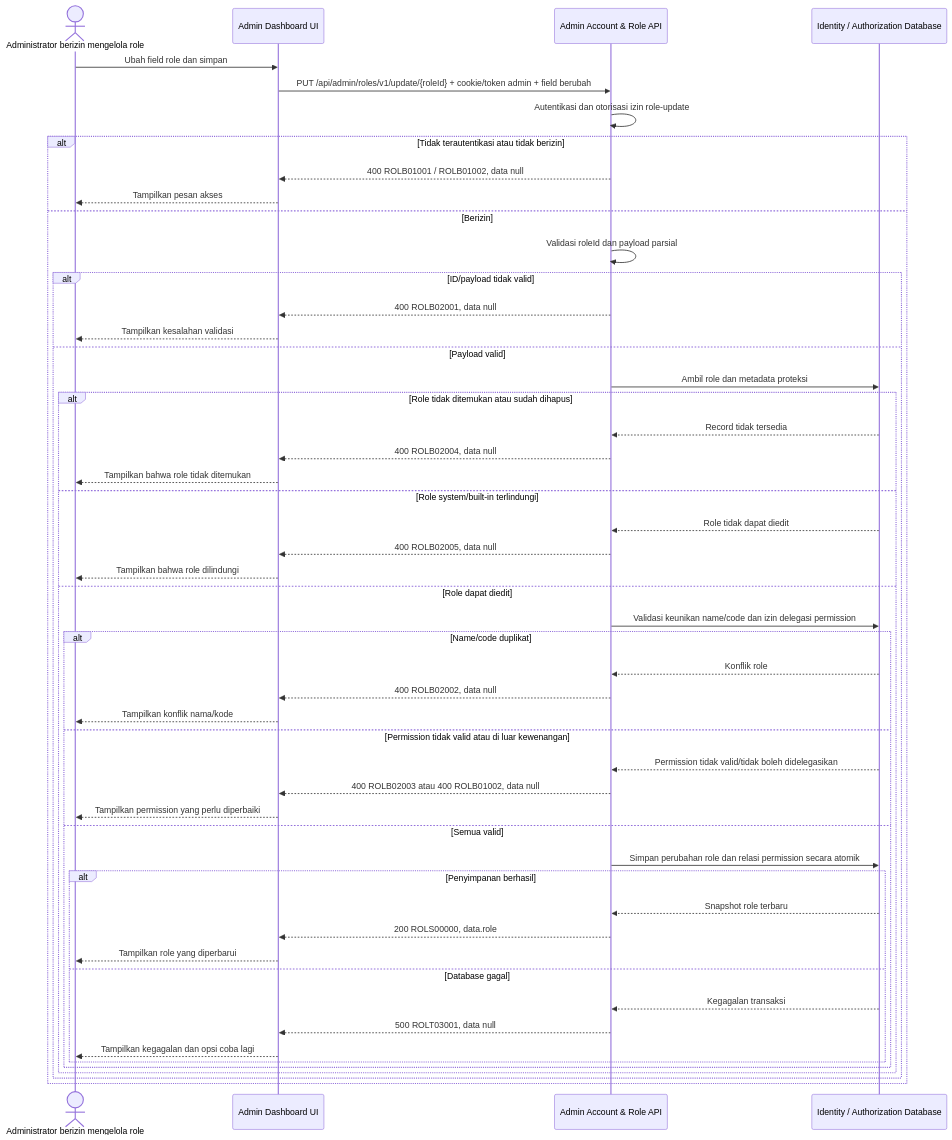
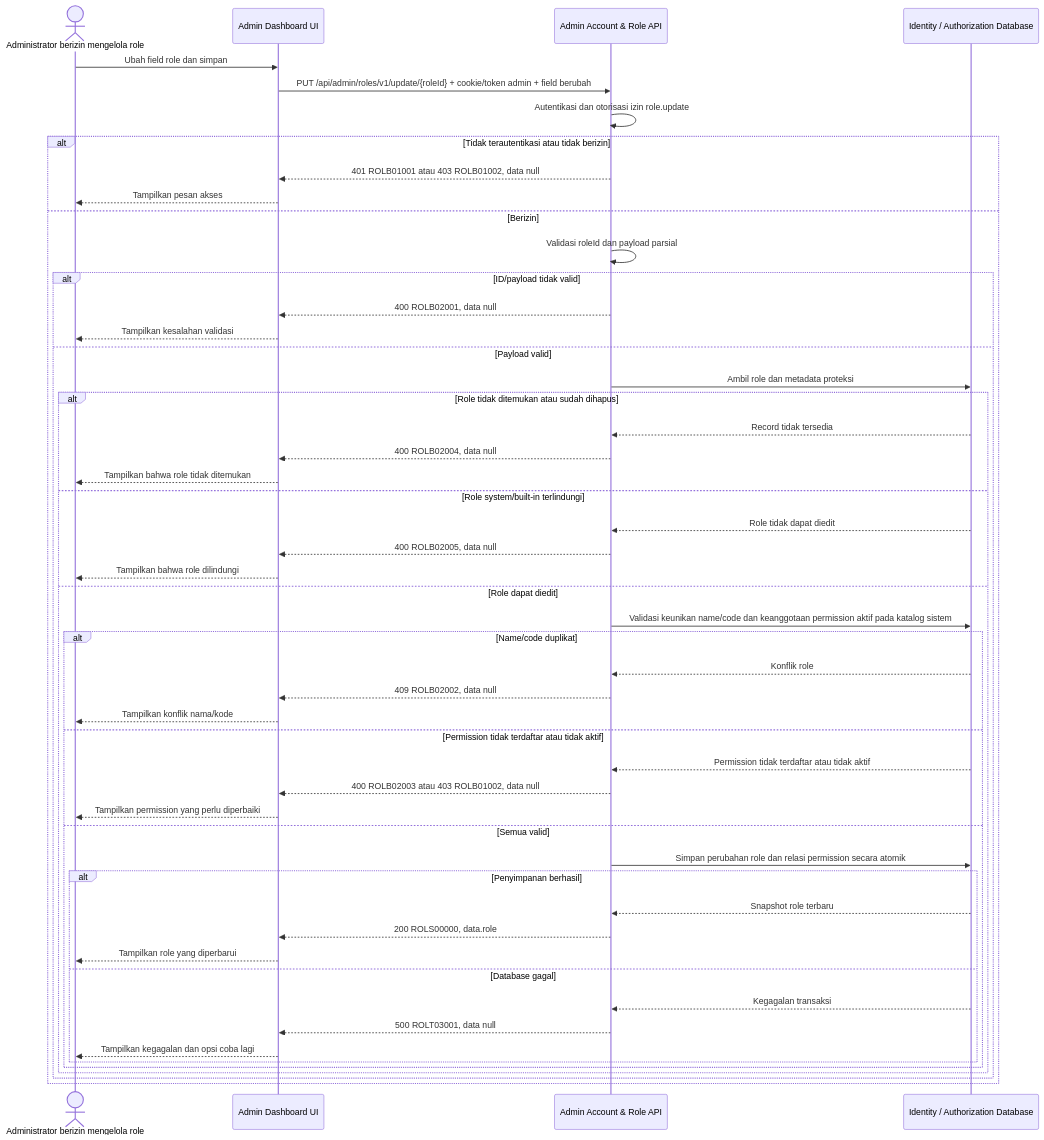
The diagram in sprint-1/solutioning/dashboard/accounts-roles/update-role.md (fatihmuhamadridho/docs-game-service-platform), drawn with Mermaid before and after one commit. The commit also changed other lines of this file and 32 other files, not shown here.

````diff
--- a/sprint-1/solutioning/dashboard/accounts-roles/update-role.md
+++ b/sprint-1/solutioning/dashboard/accounts-roles/update-role.md
@@ -14,53 +14,53 @@
 ```mermaid
 sequenceDiagram
     actor Admin as Administrator berizin mengelola role
     participant UI as Admin Dashboard UI
     participant API as Admin Account & Role API
     participant DB as Identity / Authorization Database
     Admin->>UI: Ubah field role dan simpan
     UI->>API: PUT /api/admin/roles/v1/update/{roleId} + cookie/token admin + field berubah
-    API->>API: Autentikasi dan otorisasi izin role-update
+    API->>API: Autentikasi dan otorisasi izin role.update
     alt Tidak terautentikasi atau tidak berizin
-        API-->>UI: 400 ROLB01001 / ROLB01002, data null
+        API-->>UI: 401 ROLB01001 atau 403 ROLB01002, data null
         UI-->>Admin: Tampilkan pesan akses
     else Berizin
         API->>API: Validasi roleId dan payload parsial
         alt ID/payload tidak valid
             API-->>UI: 400 ROLB02001, data null
             UI-->>Admin: Tampilkan kesalahan validasi
         else Payload valid
             API->>DB: Ambil role dan metadata proteksi
             alt Role tidak ditemukan atau sudah dihapus
                 DB-->>API: Record tidak tersedia
                 API-->>UI: 400 ROLB02004, data null
                 UI-->>Admin: Tampilkan bahwa role tidak ditemukan
             else Role system/built-in terlindungi
                 DB-->>API: Role tidak dapat diedit
                 API-->>UI: 400 ROLB02005, data null
                 UI-->>Admin: Tampilkan bahwa role dilindungi
             else Role dapat diedit
-                API->>DB: Validasi keunikan name/code dan izin delegasi permission
+                API->>DB: Validasi keunikan name/code dan keanggotaan permission aktif pada katalog sistem
                 alt Name/code duplikat
                     DB-->>API: Konflik role
-                    API-->>UI: 400 ROLB02002, data null
+                    API-->>UI: 409 ROLB02002, data null
                     UI-->>Admin: Tampilkan konflik nama/kode
-                else Permission tidak valid atau di luar kewenangan
-                    DB-->>API: Permission tidak valid/tidak boleh didelegasikan
-                    API-->>UI: 400 ROLB02003 atau 400 ROLB01002, data null
+                else Permission tidak terdaftar atau tidak aktif
+                    DB-->>API: Permission tidak terdaftar atau tidak aktif
+                    API-->>UI: 400 ROLB02003 atau 403 ROLB01002, data null
                     UI-->>Admin: Tampilkan permission yang perlu diperbaiki
                 else Semua valid
                     API->>DB: Simpan perubahan role dan relasi permission secara atomik
                     alt Penyimpanan berhasil
                         DB-->>API: Snapshot role terbaru
                         API-->>UI: 200 ROLS00000, data.role
                         UI-->>Admin: Tampilkan role yang diperbarui
                     else Database gagal
                         DB-->>API: Kegagalan transaksi
                         API-->>UI: 500 ROLT03001, data null
                         UI-->>Admin: Tampilkan kegagalan dan opsi coba lagi
                     end
                 end
             end
         end
     end
 ```
````
